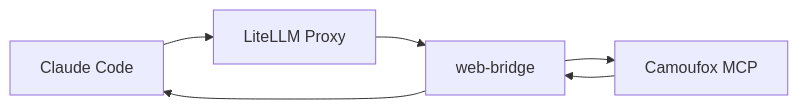
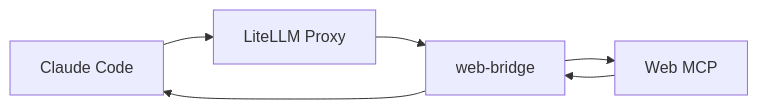
One commit to nilayparikh/codefreedom changed the diagram in docs/reference/faq/web-search.md. Above: the diagram before and after it, drawn with Mermaid. The commit also changed other lines of this file and 55 other files, not shown here.

````diff
--- a/docs/reference/faq/web-search.md
+++ b/docs/reference/faq/web-search.md
@@ -16,8 +16,8 @@
 ```mermaid
 flowchart LR
     A[Claude Code] --> B[LiteLLM Proxy]
     B --> C[web-bridge]
-    C --> D[Camoufox MCP]
+    C --> D[Web MCP]
     D --> C
     C --> A
 ```
````
